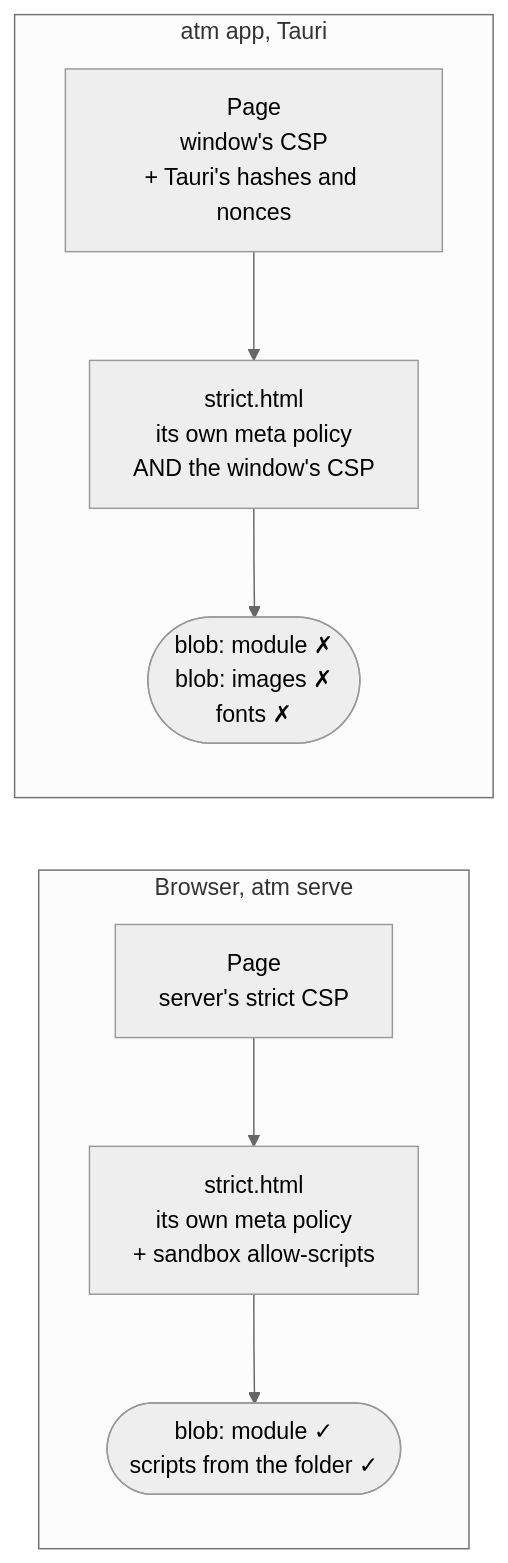
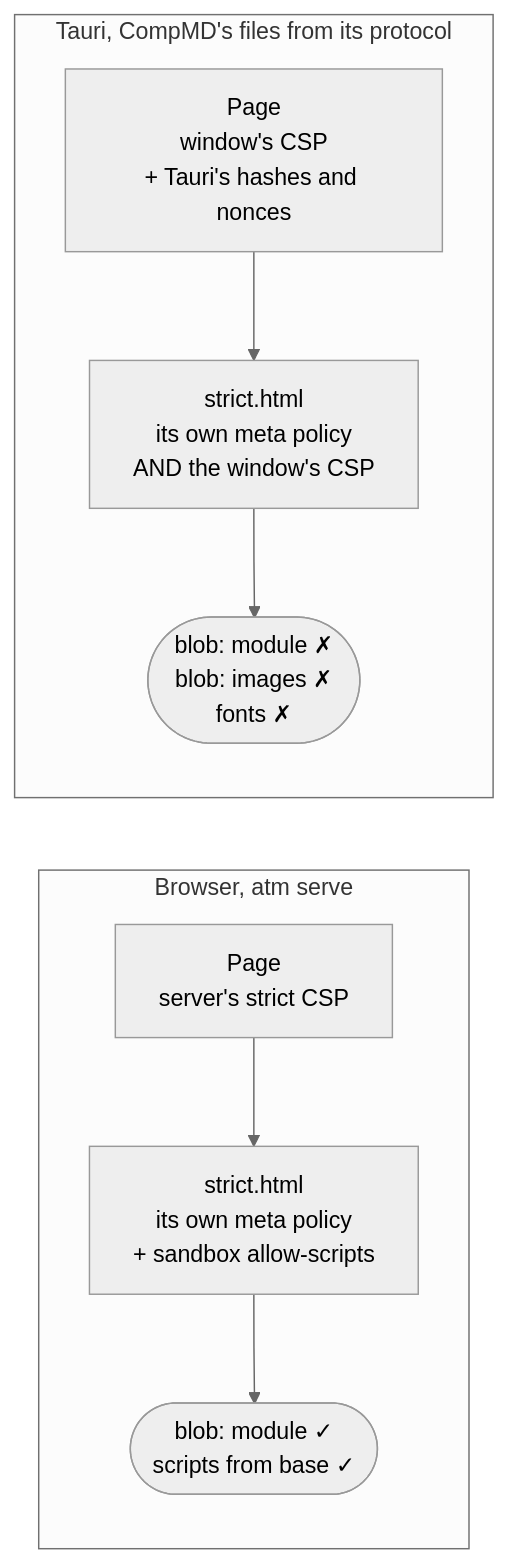
The second of 4 diagrams in docs/tauri-compmd-design.md (solo-swe/agentic-task-manager), drawn with Mermaid (neutral theme) before and after one commit. The commit also changed other lines of this file and 1 other file, not shown here.

Commit message:
docs(T-503): CompMD in a Tauri app: CompMD's own protocol from a plugin; add T-504, the app icon

````diff
--- a/docs/tauri-compmd-design.md
+++ b/docs/tauri-compmd-design.md
@@ -99,11 +114,11 @@
 ```mermaid
 flowchart LR
     subgraph Browser["Browser, atm serve"]
         P1["Page<br/>server's strict CSP"] --> F1["strict.html<br/>its own meta policy<br/>+ sandbox allow-scripts"]
-        F1 --> B1(["blob: module ✓<br/>scripts from the folder ✓"])
+        F1 --> B1(["blob: module ✓<br/>scripts from base ✓"])
     end
-    subgraph App["atm app, Tauri"]
+    subgraph App["Tauri, CompMD's files from its protocol"]
         P2["Page<br/>window's CSP<br/>+ Tauri's hashes and nonces"] --> F2["strict.html<br/>its own meta policy<br/>AND the window's CSP"]
         F2 --> B2(["blob: module ✗<br/>blob: images ✗<br/>fonts ✗"])
     end
 ```
````
